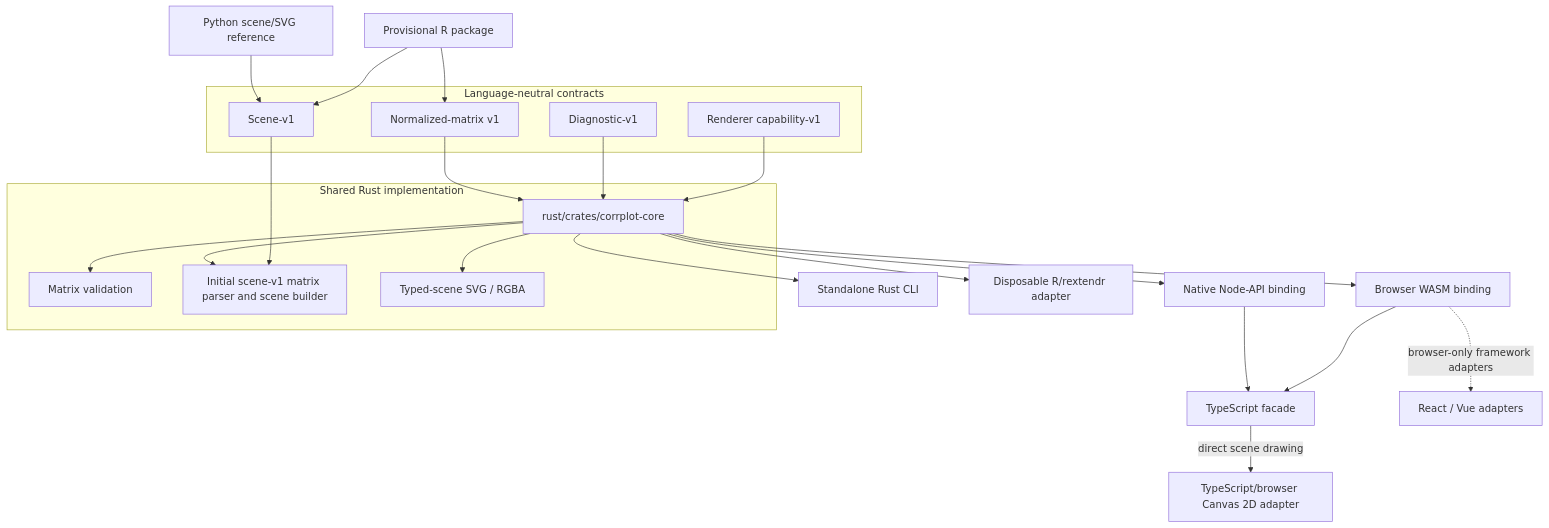
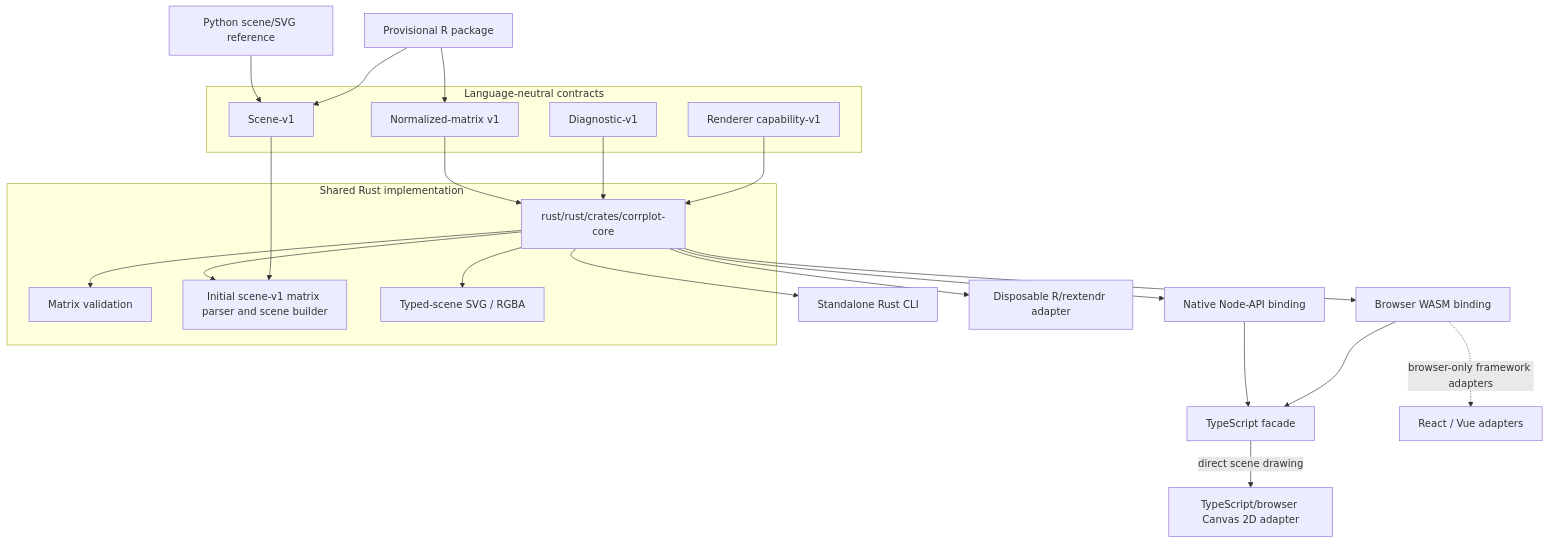
One commit to vsimko/corrplot-ng changed the diagram in docs/architecture.md. Above: the diagram before and after it, drawn with Mermaid. The commit also changed other lines of this file and 5 other files, not shown here.

````diff
--- a/docs/architecture.md
+++ b/docs/architecture.md
@@ -28,45 +28,45 @@
 ```mermaid
 flowchart TB
     subgraph Contracts[Language-neutral contracts]
       NM[Normalized-matrix v1]
       SC[Scene-v1]
       DIAG[Diagnostic-v1]
       CAP[Renderer capability-v1]
     end
 
     subgraph Rust[Shared Rust implementation]
-      CORE[rust/crates/corrplot-core]
+      CORE[rust/rust/crates/corrplot-core]
       VALIDATE[Matrix validation]
       BUILD[Initial scene-v1 matrix parser and scene builder]
       RENDER[Typed-scene SVG / RGBA]
       CORE --> VALIDATE
       CORE --> BUILD
       CORE --> RENDER
     end
 
     CLI[Standalone Rust CLI]
     NODE[Native Node-API binding]
     WASM[Browser WASM binding]
     R[Disposable R/rextendr adapter]
     TS[TypeScript facade]
     PY[Python scene/SVG reference]
     RPKG[Provisional R package]
     CANVAS[TypeScript/browser Canvas 2D adapter]
     FRAME[React / Vue adapters]
 
     NM --> CORE
     SC --> BUILD
     DIAG --> CORE
     CAP --> CORE
     CORE --> CLI
     CORE --> NODE
     CORE --> WASM
     CORE --> R
     NODE --> TS
     WASM --> TS
     PY --> SC
     RPKG --> NM
     RPKG --> SC
     TS -->|direct scene drawing| CANVAS
     WASM -. browser-only framework adapters .-> FRAME
 ```
````
